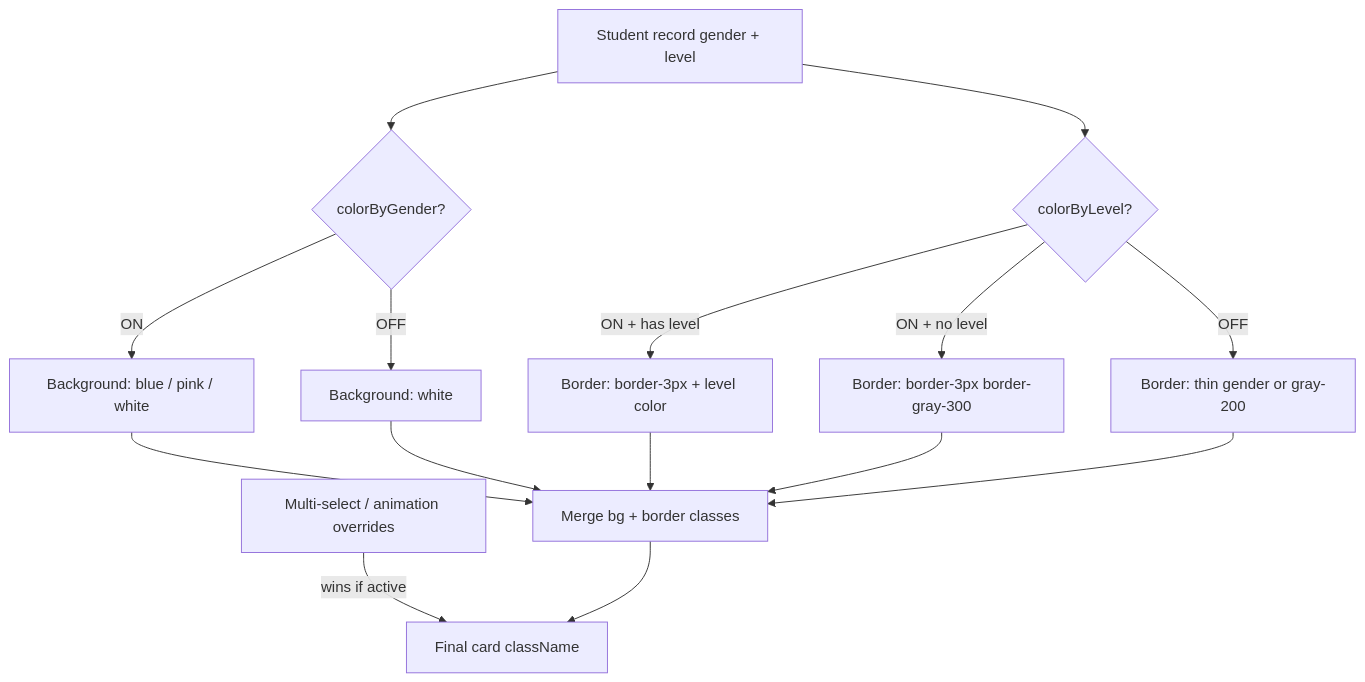
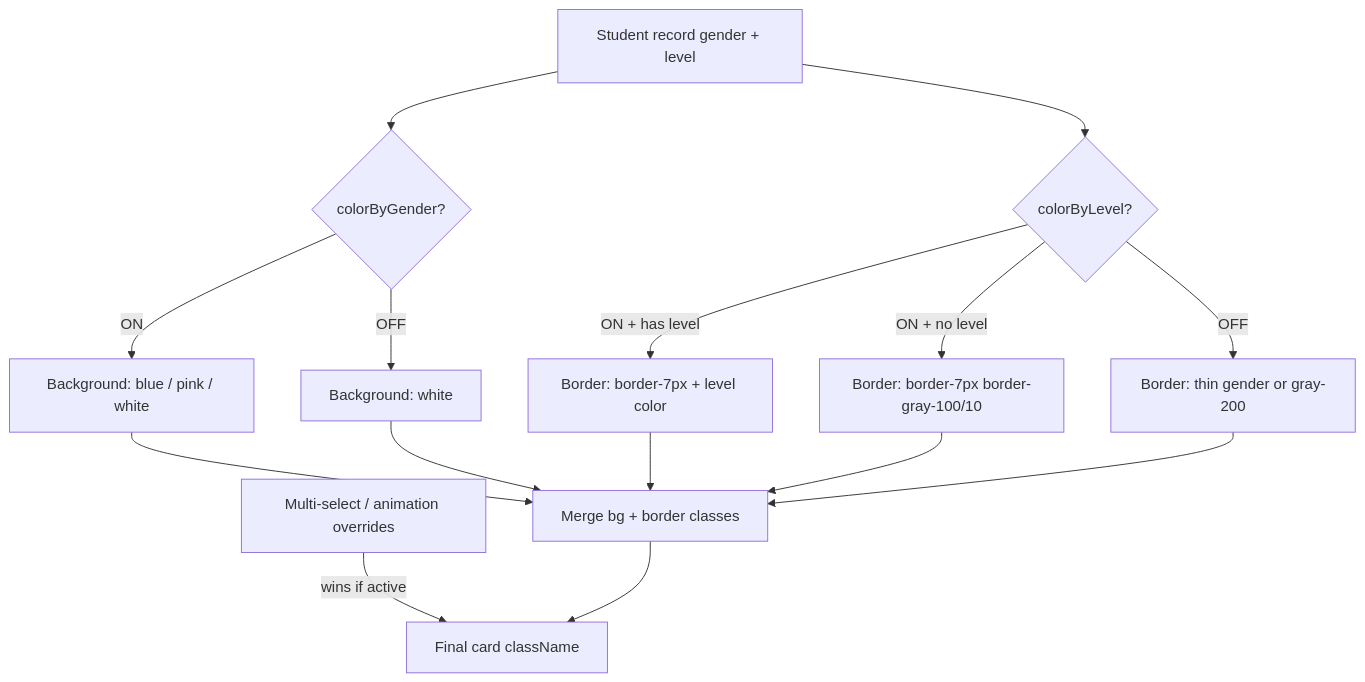
Before and after one commit to kisdreamteam/KIS-Points-V2-Live: the second of 5 diagrams in docs/color_by_level_planning.md, drawn with Mermaid. The commit also changed other lines of this file and 15 other files, not shown here.

````diff
--- a/docs/color_by_level_planning.md
+++ b/docs/color_by_level_planning.md
@@ -349,23 +349,23 @@
 ```mermaid
 flowchart TD
   Student[Student record gender + level]
   GenderToggle{colorByGender?}
   LevelToggle{colorByLevel?}
   Overrides[Multi-select / animation overrides]
 
   Student --> GenderToggle
   Student --> LevelToggle
   GenderToggle -->|ON| GenderBg[Background: blue / pink / white]
   GenderToggle -->|OFF| NeutralBg[Background: white]
-  LevelToggle -->|ON + has level| LevelBorder["Border: border-3px + level color"]
-  LevelToggle -->|ON + no level| MissingBorder["Border: border-3px border-gray-300"]
+  LevelToggle -->|ON + has level| LevelBorder["Border: border-7px + level color"]
+  LevelToggle -->|ON + no level| MissingBorder["Border: border-7px border-gray-100/10"]
   LevelToggle -->|OFF| DefaultBorder["Border: thin gender or gray-200"]
 
   GenderBg --> Compose[Merge bg + border classes]
   NeutralBg --> Compose
   LevelBorder --> Compose
   MissingBorder --> Compose
   DefaultBorder --> Compose
   Overrides -->|wins if active| Final[Final card className]
   Compose --> Final
 ```
````
